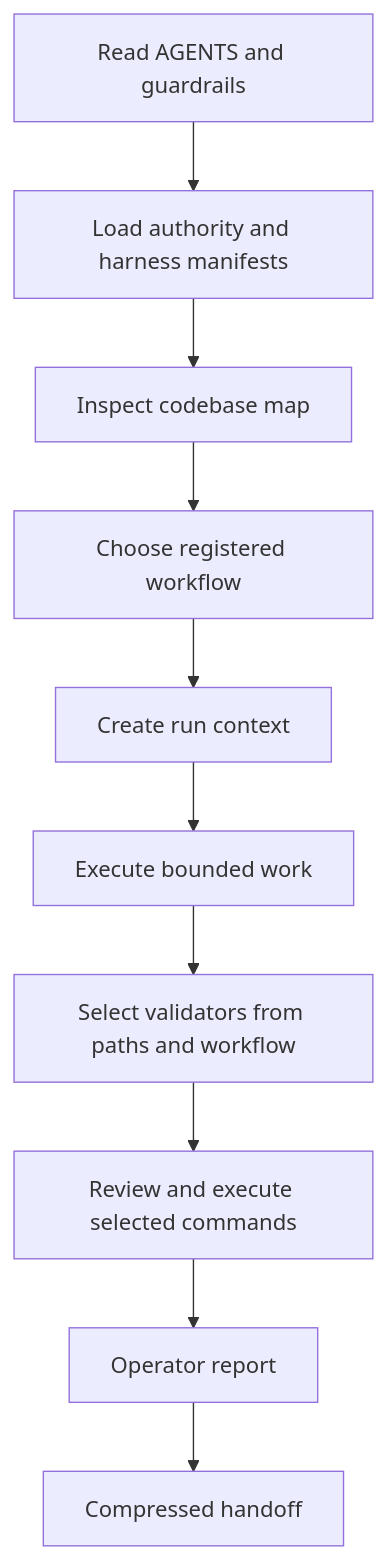
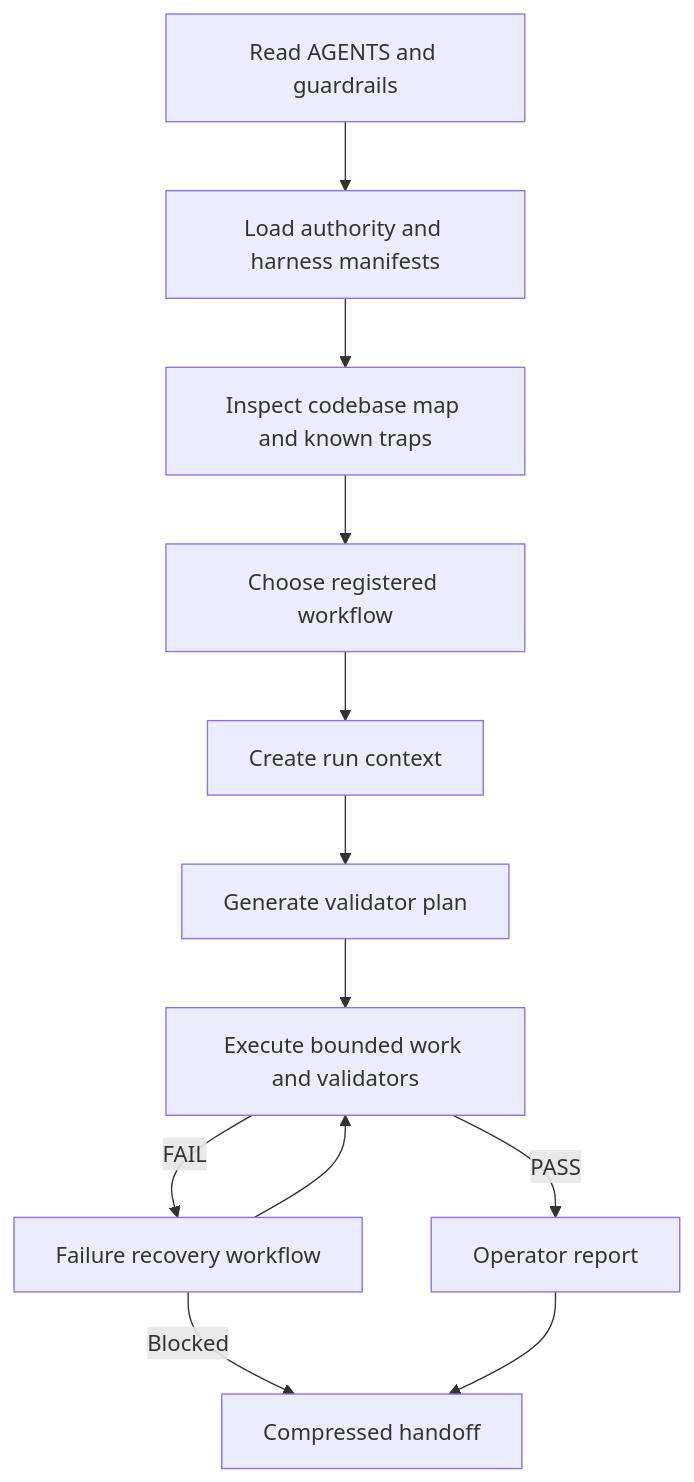
The diagram in docs/AI_HARNESS.md (EndeavorEverlasting/AxTask), drawn with Mermaid before and after one commit. The commit also changed other lines of this file, not shown here.

````diff
--- a/docs/AI_HARNESS.md
+++ b/docs/AI_HARNESS.md
@@ -32,12 +33,14 @@
 ```mermaid
 flowchart TD
   A[Read AGENTS and guardrails] --> B[Load authority and harness manifests]
-  B --> C[Inspect codebase map]
+  B --> C[Inspect codebase map and known traps]
   C --> D[Choose registered workflow]
   D --> E[Create run context]
-  E --> F[Execute bounded work]
-  F --> G[Select validators from paths and workflow]
-  G --> H[Review and execute selected commands]
-  H --> I[Operator report]
-  I --> J[Compressed handoff]
+  E --> F[Generate validator plan]
+  F --> G[Execute bounded work and validators]
+  G -->|PASS| H[Operator report]
+  G -->|FAIL| R[Failure recovery workflow]
+  R --> G
+  R -->|Blocked| I[Compressed handoff]
+  H --> I
 ```
````
